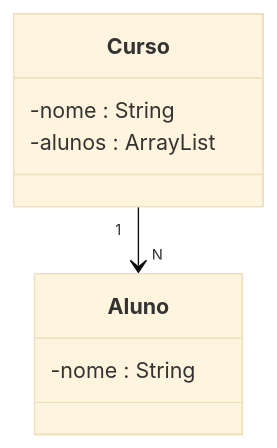
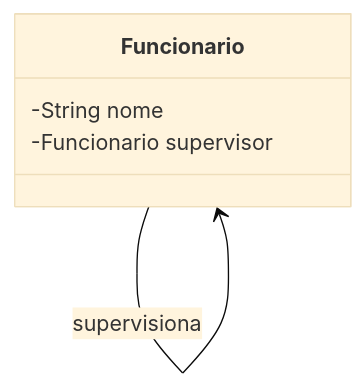
The second of 7 diagrams in Conteudo/Unidade02.md (afburger/FURB-2025_02_POO_16804), drawn with Mermaid (base theme) before and after one commit. The commit also changed other lines of this file and 1 other file, not shown here.

````diff
--- a/Conteudo/Unidade02.md
+++ b/Conteudo/Unidade02.md
@@ -109,11 +73,9 @@
 ```mermaid
 classDiagram
-    class Curso {
-        -nome : String
-        -alunos : ArrayList<Aluno>
+    class Funcionario {
+        -String nome
+        -Funcionario supervisor
     }
-    class Aluno {
-        -nome : String
-    }
-    Curso "1" --> "N" Aluno
+    Funcionario --> Funcionario : supervisiona
+
 ```
````
